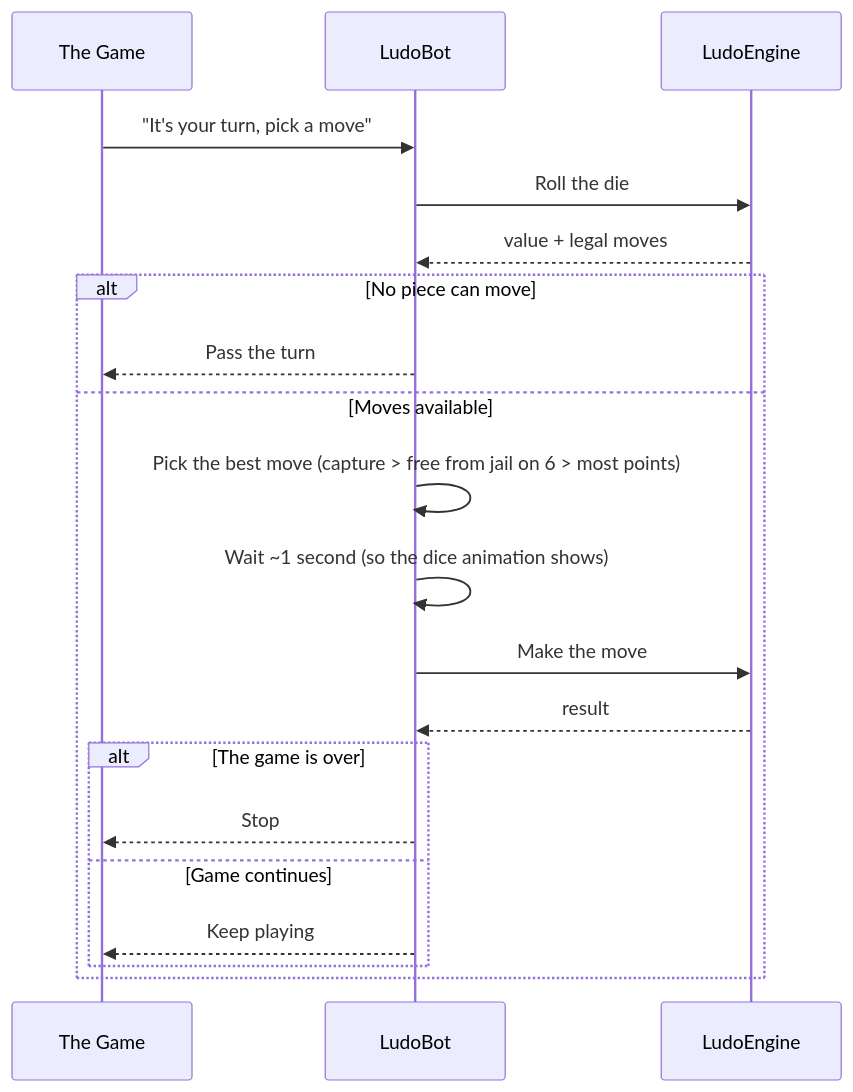
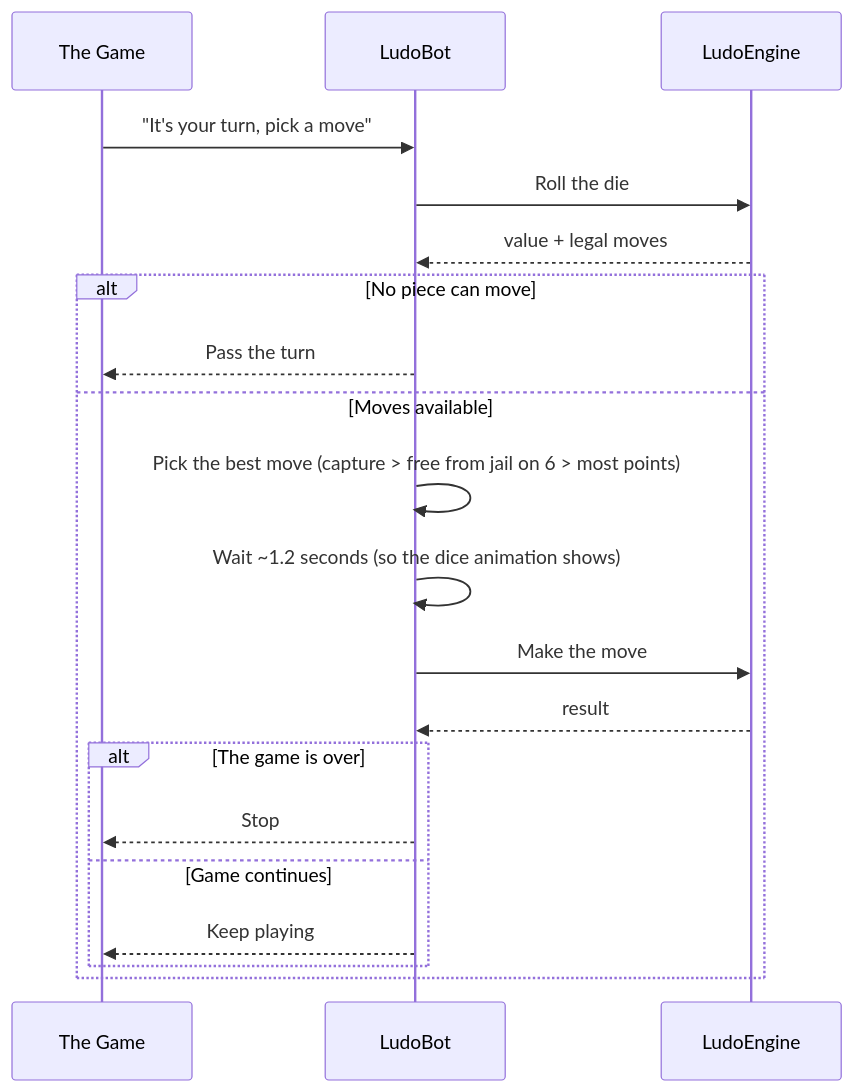
Before and after one commit to JaxzTan/ft_transcendence: the first of 3 diagrams in docs/ludo-engine/ludo-engine-bot-module.md, drawn with Mermaid. The commit also changed 17 other files, not shown here.

````diff
--- a/docs/ludo-engine/ludo-engine-bot-module.md
+++ b/docs/ludo-engine/ludo-engine-bot-module.md
@@ -62,23 +62,23 @@
 ```mermaid
 sequenceDiagram
     participant Game as The Game
     participant Bot as LudoBot
     participant Engine as LudoEngine
 
     Game->>Bot: "It's your turn, pick a move"
     Bot->>Engine: Roll the die
     Engine-->>Bot: value + legal moves
     alt No piece can move
         Bot-->>Game: Pass the turn
     else Moves available
         Bot->>Bot: Pick the best move (capture > free from jail on 6 > most points)
-        Bot->>Bot: Wait ~1 second (so the dice animation shows)
+        Bot->>Bot: Wait ~1.2 seconds (so the dice animation shows)
         Bot->>Engine: Make the move
         Engine-->>Bot: result
         alt The game is over
             Bot-->>Game: Stop
         else Game continues
             Bot-->>Game: Keep playing
         end
     end
 ```
````
